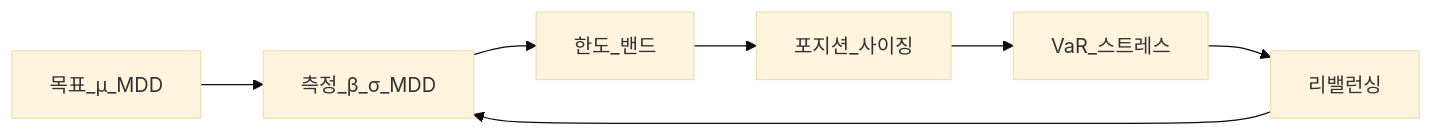
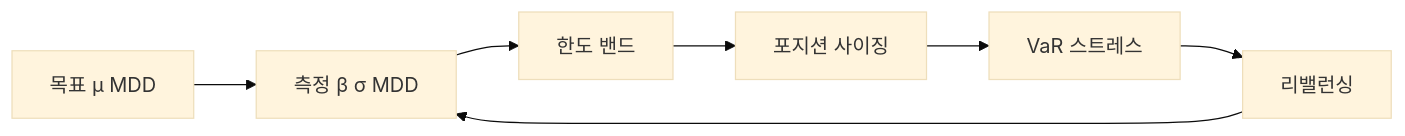
Before and after one commit to goldanghenry/Finances: the second of 3 diagrams in 04-portfolio/risk-management-portfolio.md, drawn with Mermaid (base theme). The commit also changed other lines of this file and 211 other files, not shown here.

````diff
--- a/04-portfolio/risk-management-portfolio.md
+++ b/04-portfolio/risk-management-portfolio.md
@@ -128,9 +128,9 @@
 ```mermaid
 flowchart LR
-  Goal[목표_μ_MDD] --> Measure[측정_β_σ_MDD]
-  Measure --> Limit[한도_밴드]
-  Limit --> Size[포지션_사이징]
-  Size --> Stress[VaR_스트레스]
+  Goal["목표 μ MDD"] --> Measure["측정 β σ MDD"]
+  Measure --> Limit["한도 밴드"]
+  Limit --> Size["포지션 사이징"]
+  Size --> Stress["VaR 스트레스"]
   Stress --> Rebal[리밸런싱]
   Rebal --> Measure
 ```
````
